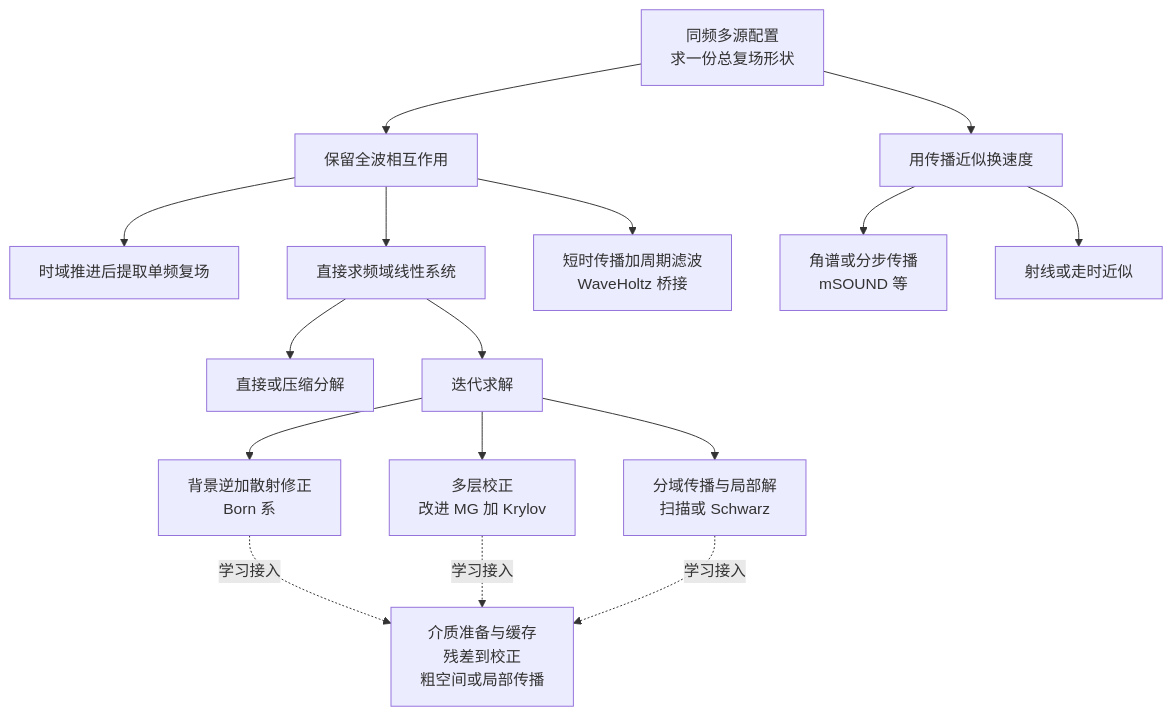
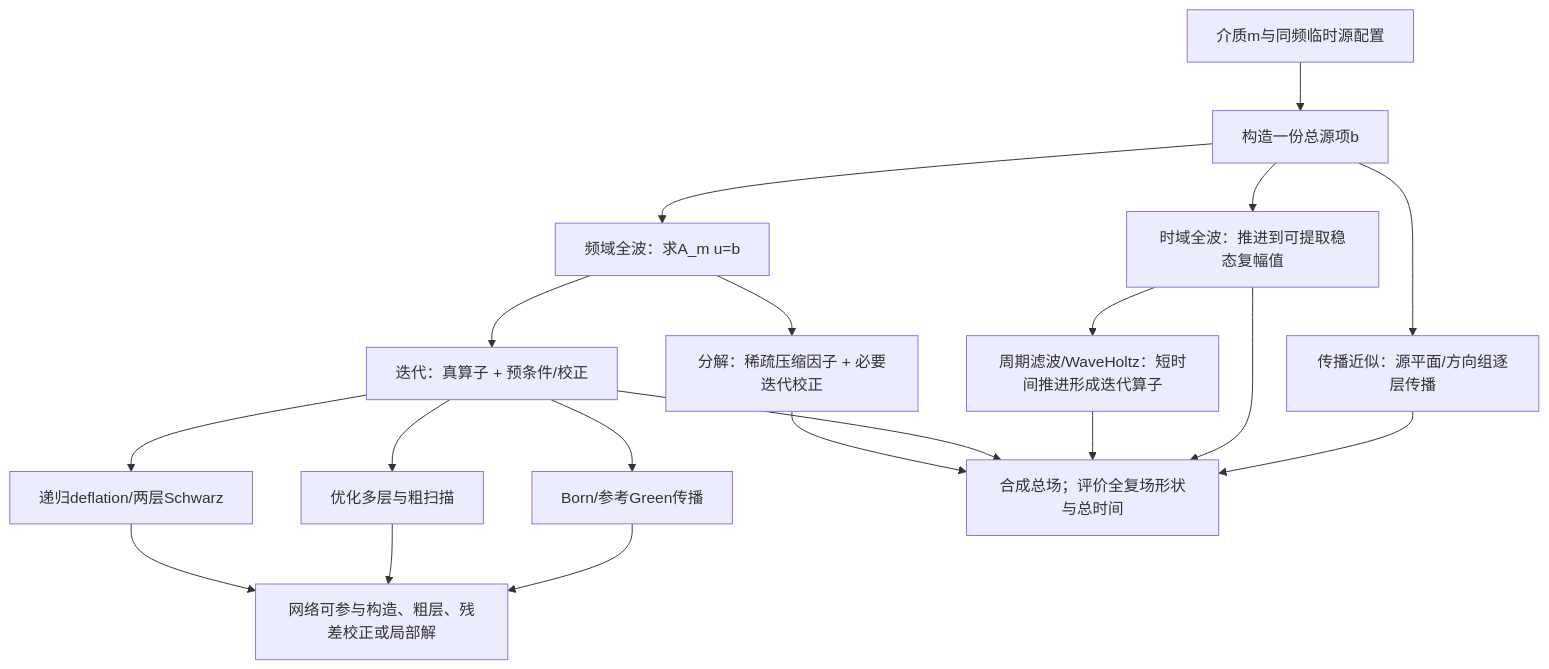
One commit to houqingyang763-eng/tus-array-surrogate changed the diagram in experiments/survey&design/experiment02/REPORT.md. Above: the diagram before and after it, drawn with Mermaid. The commit also changed other lines of this file and 10 other files, not shown here.

````diff
--- a/experiments/survey&design/experiment02/REPORT.md
+++ b/experiments/survey&design/experiment02/REPORT.md
@@ -22,18 +61,21 @@
 ```mermaid
 flowchart TD
-    T[同频多源配置<br/>求一份总复场形状] --> W[保留全波相互作用]
-    T --> A[用传播近似换速度]
-    W --> TD[时域推进后提取单频复场]
-    W --> FD[直接求频域线性系统]
-    W --> WH[短时传播加周期滤波<br/>WaveHoltz 桥接]
-    FD --> D[直接或压缩分解]
-    FD --> I[迭代求解]
-    I --> B[背景逆加散射修正<br/>Born 系]
-    I --> M[多层校正<br/>改进 MG 加 Krylov]
-    I --> S[分域传播与局部解<br/>扫描或 Schwarz]
-    A --> AS[角谱或分步传播<br/>mSOUND 等]
-    A --> R[射线或走时近似]
-    B -.学习接入.-> N[介质准备与缓存<br/>残差到校正<br/>粗空间或局部传播]
-    M -.学习接入.-> N
-    S -.学习接入.-> N
+    X[介质m与同频临时源配置] --> B[构造一份总源项b]
+    B --> T[时域全波：推进到可提取稳态复幅值]
+    B --> F[频域全波：求A_m u=b]
+    B --> P[传播近似：源平面/方向组逐层传播]
+    T --> W[周期滤波/WaveHoltz：短时间推进形成迭代算子]
+    F --> I[迭代：真算子 + 预条件/校正]
+    F --> D[分解：稀疏压缩因子 + 必要迭代校正]
+    I --> C1[Born/参考Green传播]
+    I --> C2[优化多层与粗扫描]
+    I --> C3[递归deflation/两层Schwarz]
+    C1 --> N[网络可参与构造、粗层、残差校正或局部解]
+    C2 --> N
+    C3 --> N
+    P --> O[合成总场；评价全复场形状与总时间]
+    T --> O
+    W --> O
+    I --> O
+    D --> O
 ```
````
